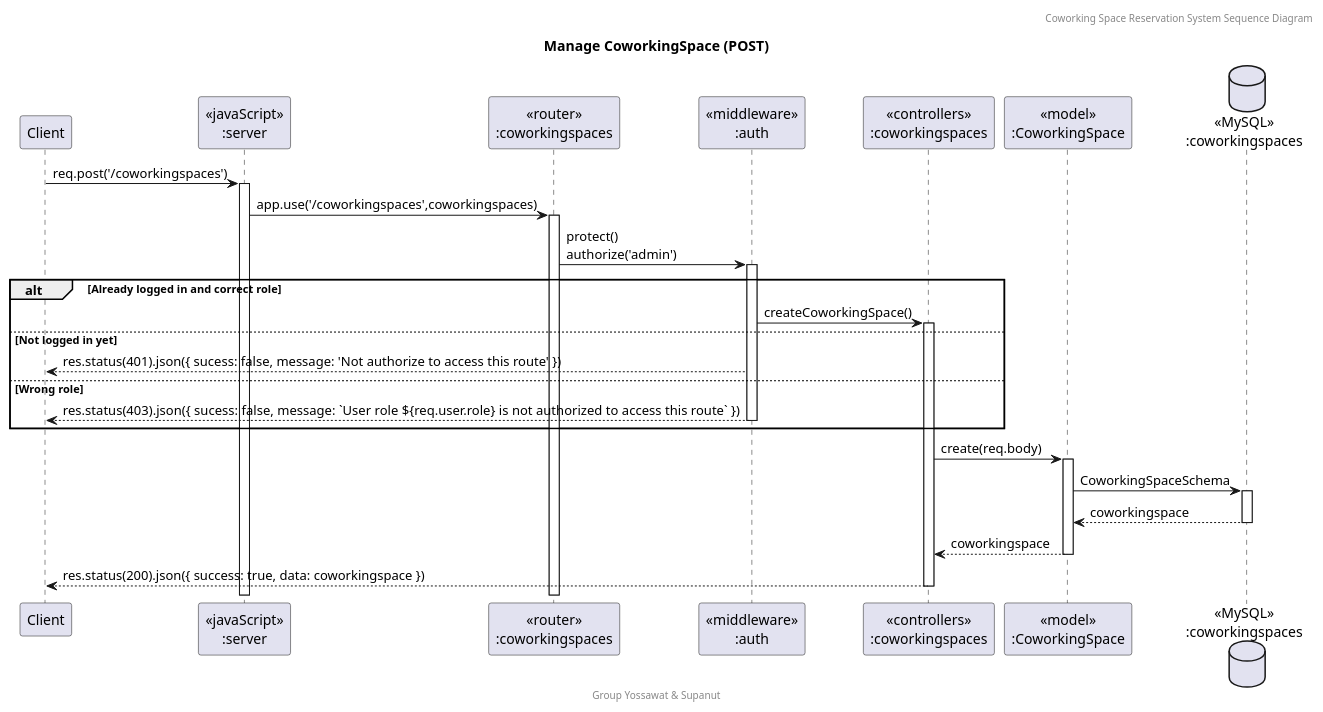
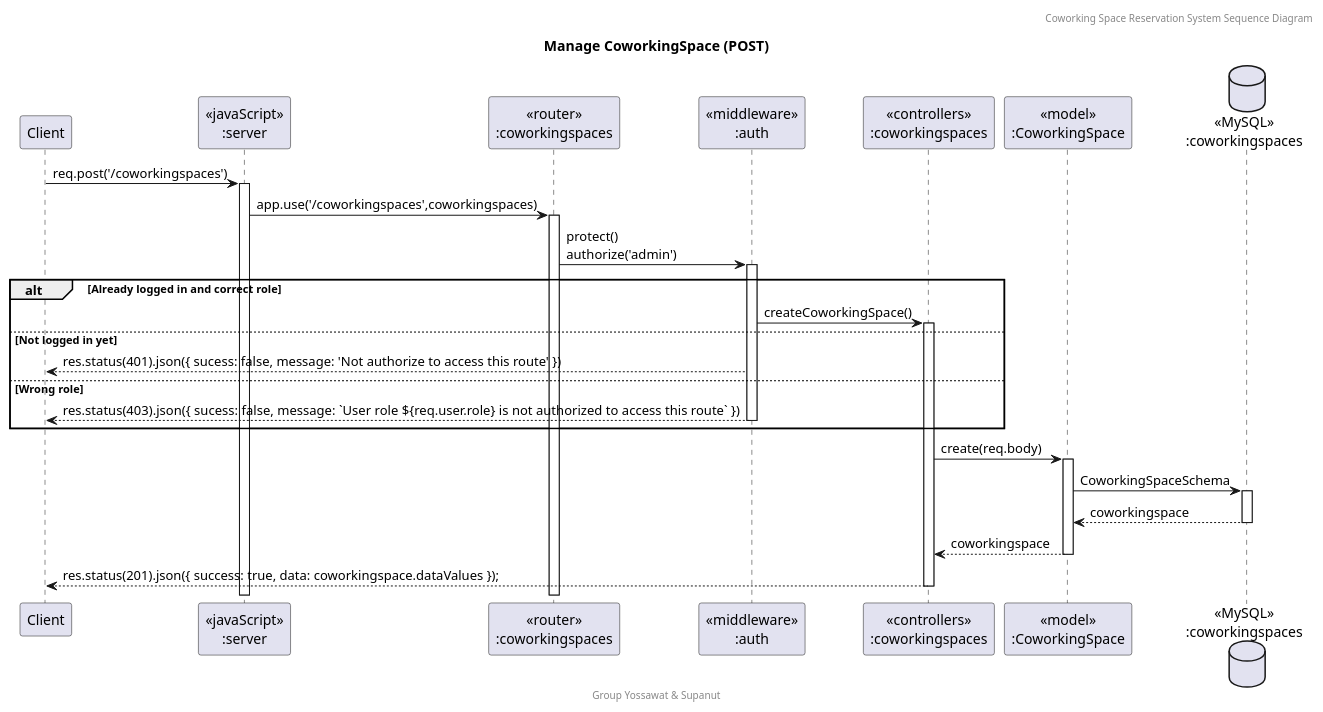
Before and after one commit to SupanutT/sw-dev-prac-project: the diagram in doc/Sequence Diagram/puml/Co_Post.puml, drawn with PlantUML. The commit also changed 8 other files, not shown here.

Commit message:
feat: sequence diagram (reservation)

```diff
--- a/doc/Sequence Diagram/puml/Co_Post.puml
+++ b/doc/Sequence Diagram/puml/Co_Post.puml
@@ -1,31 +1,31 @@
 @startuml Manage CoworkingSpace (POST)
 
 header Coworking Space Reservation System Sequence Diagram
 footer Group Yossawat & Supanut
 title "Manage CoworkingSpace (POST)"
 
 participant "Client" as client
 participant "<<javaScript>>\n:server" as server
 participant "<<router>>\n:coworkingspaces" as routerCoworkingSpaces
 participant "<<middleware>>\n:auth" as middleware
 participant "<<controllers>>\n:coworkingspaces" as controllersCoworkingSpaces
 participant "<<model>>\n:CoworkingSpace" as modelCoworkingSpace
 database "<<MySQL>>\n:coworkingspaces" as CoworkingSpacesDatabase
 
 client->server ++:req.post('/coworkingspaces')
 server->routerCoworkingSpaces ++:app.use('/coworkingspaces',coworkingspaces)
 routerCoworkingSpaces -> middleware ++:protect()\nauthorize('admin')
 alt Already logged in and correct role
     middleware -> controllersCoworkingSpaces ++: createCoworkingSpace()
 else Not logged in yet
     middleware --> client : res.status(401).json({ sucess: false, message: 'Not authorize to access this route' })
 else Wrong role
     middleware --> client --: res.status(403).json({ sucess: false, message: `User role ${req.user.role} is not authorized to access this route` })
 end
 controllersCoworkingSpaces-> modelCoworkingSpace ++:create(req.body)
 modelCoworkingSpace -> CoworkingSpacesDatabase ++: CoworkingSpaceSchema
 CoworkingSpacesDatabase --> modelCoworkingSpace --: coworkingspace
 controllersCoworkingSpaces <-- modelCoworkingSpace --:coworkingspace
-controllersCoworkingSpaces --> client --: res.status(200).json({ success: true, data: coworkingspace })
+controllersCoworkingSpaces --> client --: res.status(201).json({ success: true, data: coworkingspace.dataValues });
 
 @enduml
```
